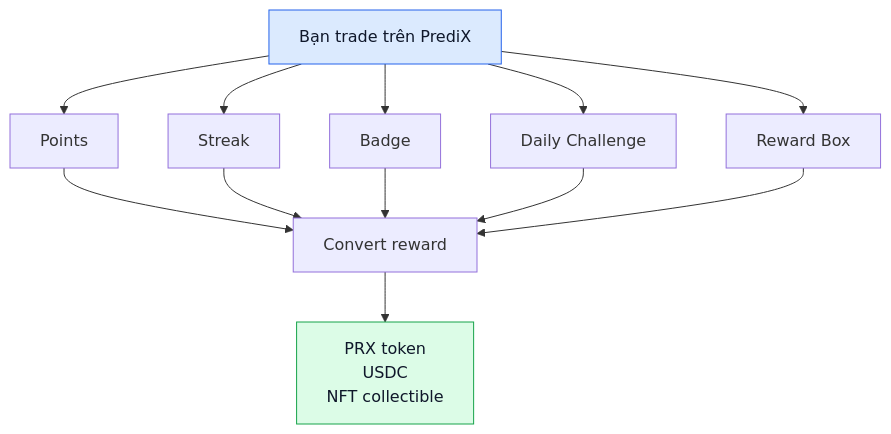
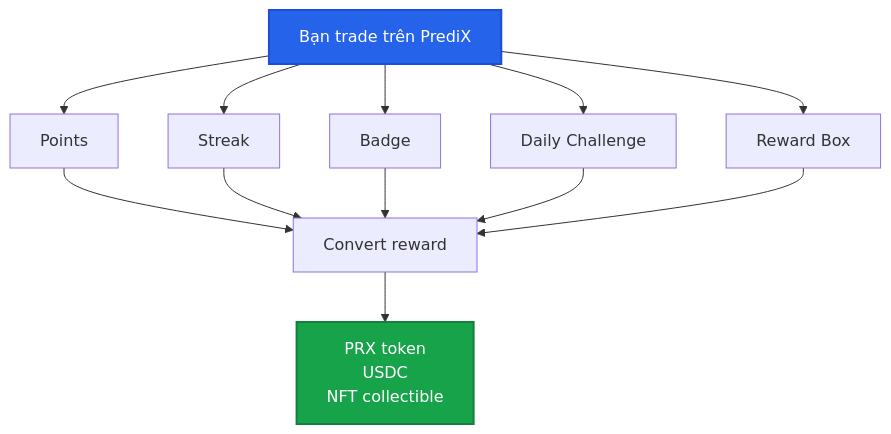
One commit to PrediX-Protocol/predix-docs changed the first of 3 diagrams in vi_v6/cong-dong/rewards-gamification.md. Above: the diagram before and after it, drawn with Mermaid. The commit also changed other lines of this file and 32 other files, not shown here.

First line of the commit message:
docs(vi_v6): redesign Mermaid theme — solid mid-tone palette + dark theme

````diff
--- a/vi_v6/cong-dong/rewards-gamification.md
+++ b/vi_v6/cong-dong/rewards-gamification.md
@@ -5,19 +5,19 @@
 ```mermaid
 flowchart TB
     Trade[Bạn trade trên PrediX] --> P[Points]
     Trade --> S[Streak]
     Trade --> B[Badge]
     Trade --> DC[Daily Challenge]
     Trade --> RB[Reward Box]
     P --> R[Convert reward]
     S --> R
     B --> R
     DC --> R
     RB --> R
     R --> PRX[PRX token<br/>USDC<br/>NFT collectible]
 
-    classDef act fill:#dbeafe,stroke:#2563eb,color:#0f172a
-    classDef rwd fill:#dcfce7,stroke:#16a34a,color:#0f172a
+    classDef act fill:#2563eb,stroke:#1d4ed8,color:#fff,stroke-width:2px
+    classDef rwd fill:#16a34a,stroke:#15803d,color:#fff,stroke-width:2px
     class Trade act
     class PRX rwd
 ```
````
